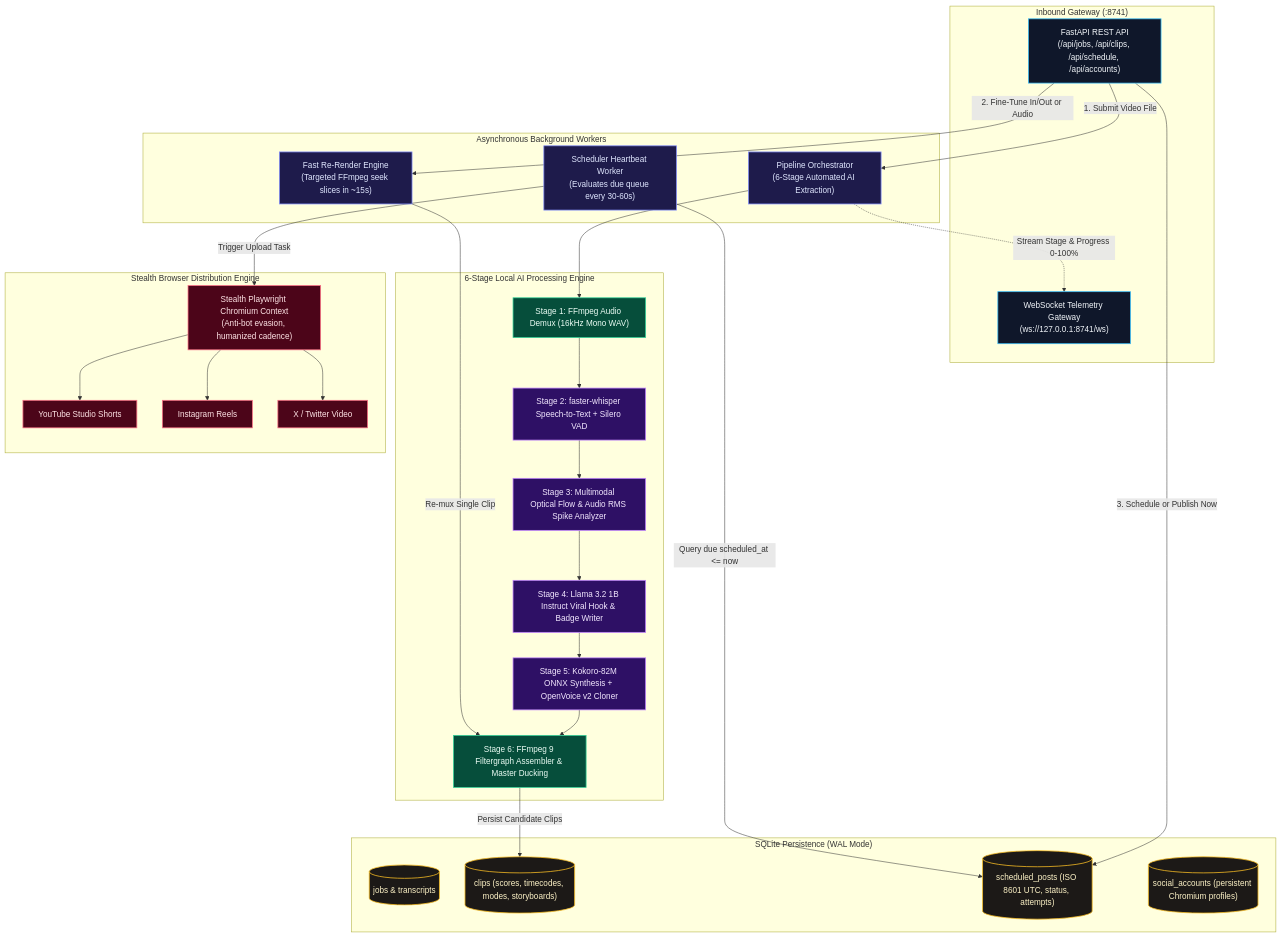
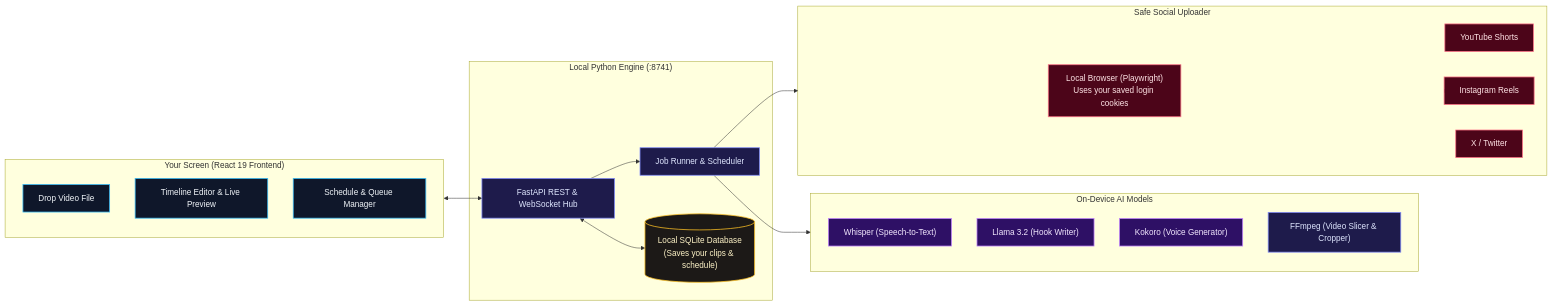
The second of 6 diagrams in README.md (DivyamJoshi2005/Alfred), drawn with Mermaid before and after one commit. The commit also changed other lines of this file and 1 other file, not shown here.

Commit message:
docs: rewrite READMEs in human-friendly, plain English with clear intuitive flowcharts

````diff
--- a/README.md
+++ b/README.md
@@ -128,58 +87,43 @@
 ```mermaid
-flowchart TD
-    classDef gateway fill:#0f172a,stroke:#38bdf8,stroke-width:1.5px,color:#f1f5f9;
-    classDef worker fill:#1e1b4b,stroke:#818cf8,stroke-width:1.5px,color:#e0e7ff;
+flowchart LR
+    classDef frontend fill:#0f172a,stroke:#38bdf8,stroke-width:1.5px,color:#f1f5f9;
+    classDef server fill:#1e1b4b,stroke:#818cf8,stroke-width:1.5px,color:#e0e7ff;
     classDef ai fill:#2e1065,stroke:#c084fc,stroke-width:1.5px,color:#f3e8ff;
-    classDef media fill:#064e3b,stroke:#34d399,stroke-width:1.5px,color:#ecfdf5;
     classDef db fill:#1c1917,stroke:#fbbf24,stroke-width:1.5px,color:#fef3c7;
     classDef social fill:#4c0519,stroke:#fb7185,stroke-width:1.5px,color:#ffe4e6;
 
-    subgraph Inbound ["Inbound Gateway (:8741)"]
-        HTTP["FastAPI REST API\n(/api/jobs, /api/clips, /api/schedule, /api/accounts)"]:::gateway
-        WS["WebSocket Telemetry Gateway\n(ws://127.0.0.1:8741/ws)"]:::gateway
+    subgraph ClientApp ["Your Screen (React 19 Frontend)"]
+        UI_Process["Drop Video File"]:::frontend
+        UI_Review["Timeline Editor & Live Preview"]:::frontend
+        UI_Calendar["Schedule & Queue Manager"]:::frontend
     end
 
-    subgraph Workers ["Asynchronous Background Workers"]
-        Orchestrator["Pipeline Orchestrator\n(6-Stage Automated AI Extraction)"]:::worker
-        ReRenderer["Fast Re-Render Engine\n(Targeted FFmpeg seek slices in ~15s)"]:::worker
-        Dispatcher["Scheduler Heartbeat Worker\n(Evaluates due queue every 30-60s)"]:::worker
+    subgraph BackendDaemon ["Local Python Engine (:8741)"]
+        API["FastAPI REST & WebSocket Hub"]:::server
+        Worker["Job Runner & Scheduler"]:::server
+        DB[("Local SQLite Database\n(Saves your clips & schedule)")]:::db
     end
 
-    subgraph PipelineStages ["6-Stage Local AI Processing Engine"]
-        S1["Stage 1: FFmpeg Audio Demux (16kHz Mono WAV)"]:::media
-        S2["Stage 2: faster-whisper Speech-to-Text + Silero VAD"]:::ai
-        S3["Stage 3: Multimodal Optical Flow & Audio RMS Spike Analyzer"]:::ai
-        S4["Stage 4: Llama 3.2 1B Instruct Viral Hook & Badge Writer"]:::ai
-        S5["Stage 5: Kokoro-82M ONNX Synthesis + OpenVoice v2 Cloner"]:::ai
-        S6["Stage 6: FFmpeg 9 Filtergraph Assembler & Master Ducking"]:::media
+    subgraph LocalAI ["On-Device AI Models"]
+        Whisper["Whisper (Speech-to-Text)"]:::ai
+        Llama["Llama 3.2 (Hook Writer)"]:::ai
+        Kokoro["Kokoro (Voice Generator)"]:::ai
+        FFmpeg["FFmpeg (Video Slicer & Cropper)"]:::server
     end
 
-    subgraph Storage ["SQLite Persistence (WAL Mode)"]
-        T_Jobs[("jobs & transcripts")]:::db
-        T_Clips[("clips (scores, timecodes, modes, storyboards)")]:::db
-        T_Schedule[("scheduled_posts (ISO 8601 UTC, status, attempts)")]:::db
-        T_Accounts[("social_accounts (persistent Chromium profiles)")]:::db
+    subgraph BrowserEngine ["Safe Social Uploader"]
+        Playwright["Local Browser (Playwright)\nUses your saved login cookies"]:::social
+        YouTube["YouTube Shorts"]:::social
+        Instagram["Instagram Reels"]:::social
+        Twitter["X / Twitter"]:::social
     end
 
-    subgraph DistributionEngine ["Stealth Browser Distribution Engine"]
-        Playwright["Stealth Playwright Chromium Context\n(Anti-bot evasion, humanized cadence)"]:::social
-        YouTube["YouTube Studio Shorts"]:::social
-        Instagram["Instagram Reels"]:::social
-        Twitter["X / Twitter Video"]:::social
-    end
-
-    HTTP -->|1. Submit Video File| Orchestrator
-    HTTP -->|2. Fine-Tune In/Out or Audio| ReRenderer
-    HTTP -->|3. Schedule or Publish Now| T_Schedule
-
-    Orchestrator --> S1 --> S2 --> S3 --> S4 --> S5 --> S6
-    S6 -->|Persist Candidate Clips| T_Clips
-    ReRenderer -->|Re-mux Single Clip| S6
-
-    Orchestrator -.->|Stream Stage & Progress 0-100%| WS
-    Dispatcher -->|Query due scheduled_at <= now| T_Schedule
-    Dispatcher -->|Trigger Upload Task| Playwright
-    Playwright --> YouTube
-    Playwright --> Instagram
-    Playwright --> Twitter
+    ClientApp <--> API
+    API <--> DB
+    API --> Worker
+    Worker --> LocalAI
+    Worker --> BrowserEngine
+    BrowserEngine --> YouTube
+    BrowserEngine --> Instagram
+    BrowserEngine --> Twitter
 ```
````
